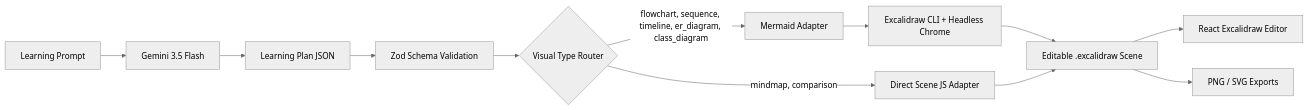
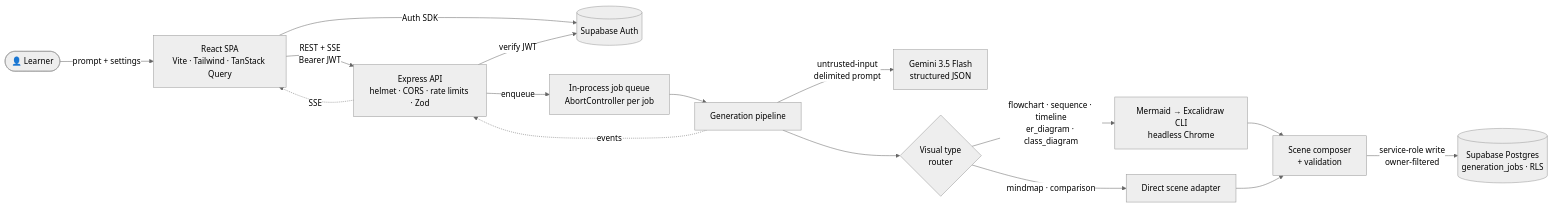
One commit to kanishk3114S/Visualify changed the first of 4 diagrams in README.md. Above: the diagram before and after it, drawn with Mermaid (neutral theme). The commit also changed other lines of this file and 65 other files, not shown here.

````diff
--- a/README.md
+++ b/README.md
@@ -15,14 +93,18 @@
 ```mermaid
 flowchart LR
-    A["Learning Prompt"] --> B["Gemini 3.5 Flash"]
-    B --> C["Learning Plan JSON"]
-    C --> D["Zod Schema Validation"]
-    D --> E{"Visual Type Router"}
-    E -->|"flowchart, sequence, timeline, er_diagram, class_diagram"| F["Mermaid Adapter"]
-    F --> G["Excalidraw CLI + Headless Chrome"]
-    E -->|"mindmap, comparison"| H["Direct Scene JS Adapter"]
-    G --> I["Editable .excalidraw Scene"]
-    H --> I
-    I --> J["React Excalidraw Editor"]
-    I --> K["PNG / SVG Exports"]
+    U(["👤 Learner"]) -->|prompt + settings| FE["React SPA<br/>Vite · Tailwind · TanStack Query"]
+    FE -->|"REST + SSE<br/>Bearer JWT"| API["Express API<br/>helmet · CORS · rate limits · Zod"]
+    FE -->|Auth SDK| AUTH[("Supabase Auth")]
+    API -->|verify JWT| AUTH
+    API -->|enqueue| Q["In-process job queue<br/>AbortController per job"]
+    Q --> P["Generation pipeline"]
+    P -->|"untrusted-input<br/>delimited prompt"| G["Gemini 3.5 Flash<br/>structured JSON"]
+    P --> R{"Visual type<br/>router"}
+    R -->|"flowchart · sequence · timeline<br/>er_diagram · class_diagram"| M["Mermaid → Excalidraw CLI<br/>headless Chrome"]
+    R -->|"mindmap · comparison"| D["Direct scene adapter"]
+    M --> C["Scene composer<br/>+ validation"]
+    D --> C
+    C -->|"service-role write<br/>owner-filtered"| DB[("Supabase Postgres<br/>generation_jobs · RLS")]
+    P -. events .-> API
+    API -. SSE .-> FE
 ```
````
